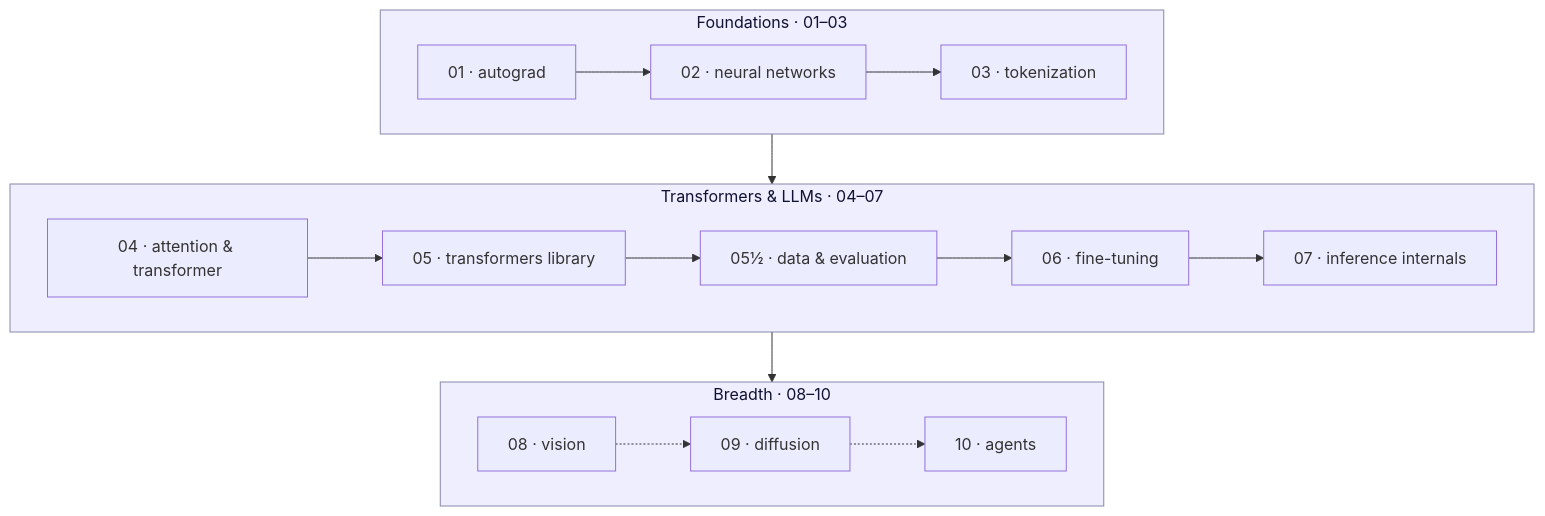
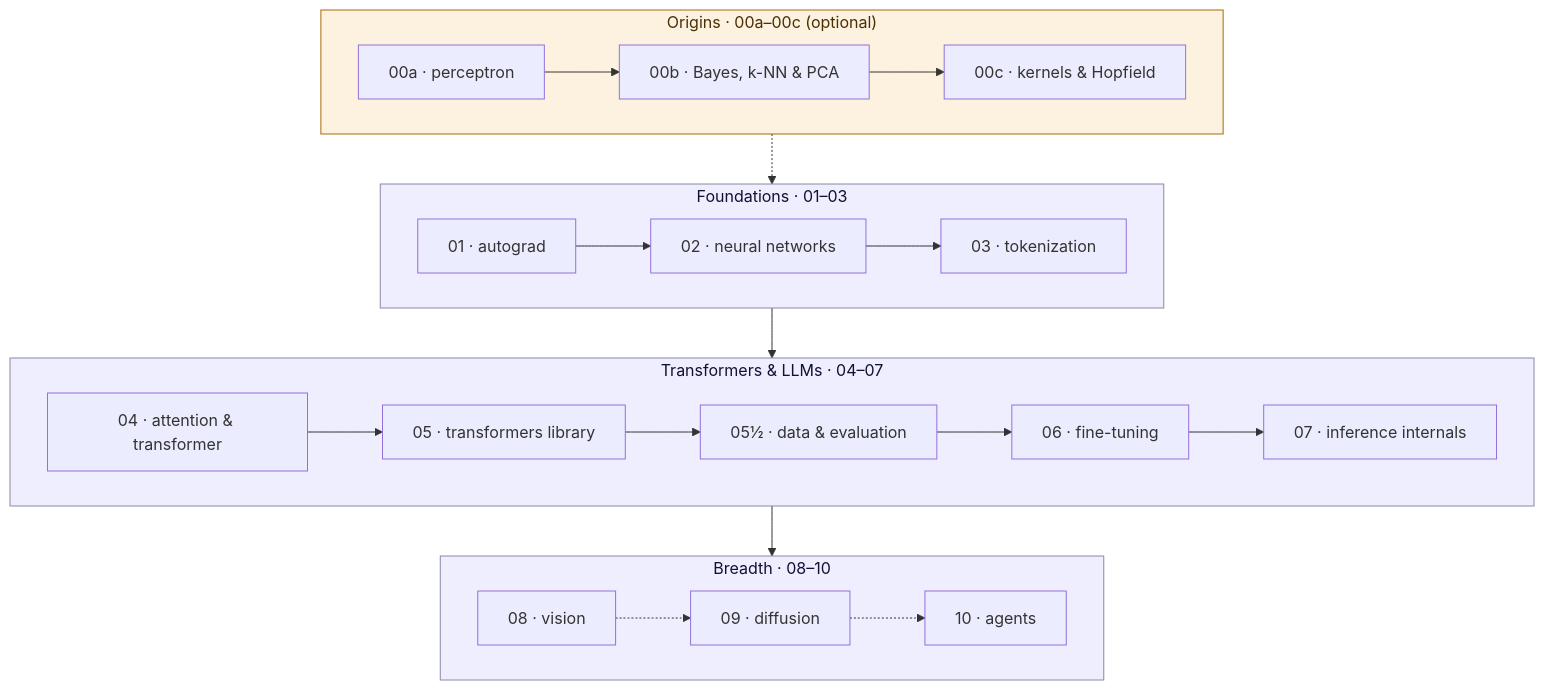
The diagram in README.md (wynch/ml-course), drawn with Mermaid before and after one commit. The commit also changed other lines of this file and 7 other files, not shown here.

````diff
--- a/README.md
+++ b/README.md
@@ -53,19 +55,25 @@
 ```mermaid
 flowchart TD
+    subgraph O["Origins · 00a–00c (optional)"]
+        M00A["00a · perceptron"] --> M00B["00b · Bayes, k-NN & PCA"] --> M00C["00c · kernels & Hopfield"]
+    end
     subgraph F["Foundations · 01–03"]
         M01["01 · autograd"] --> M02["02 · neural networks"] --> M03["03 · tokenization"]
     end
     subgraph T["Transformers & LLMs · 04–07"]
         M04["04 · attention & transformer"] --> M05["05 · transformers library"] --> M05A["05½ · data & evaluation"] --> M06["06 · fine-tuning"] --> M07["07 · inference internals"]
     end
     subgraph B["Breadth · 08–10"]
         M08["08 · vision"]
         M09["09 · diffusion"]
         M10["10 · agents"]
     end
+    O -.-> F
     F --> T --> B
     M08 -.-> M09 -.-> M10
 
     classDef track fill:#eef,stroke:#88a,color:#113;
+    classDef origins fill:#fdf2df,stroke:#a86b0e,color:#4a2f05;
     class F,T,B track;
+    class O origins;
 ```
````
